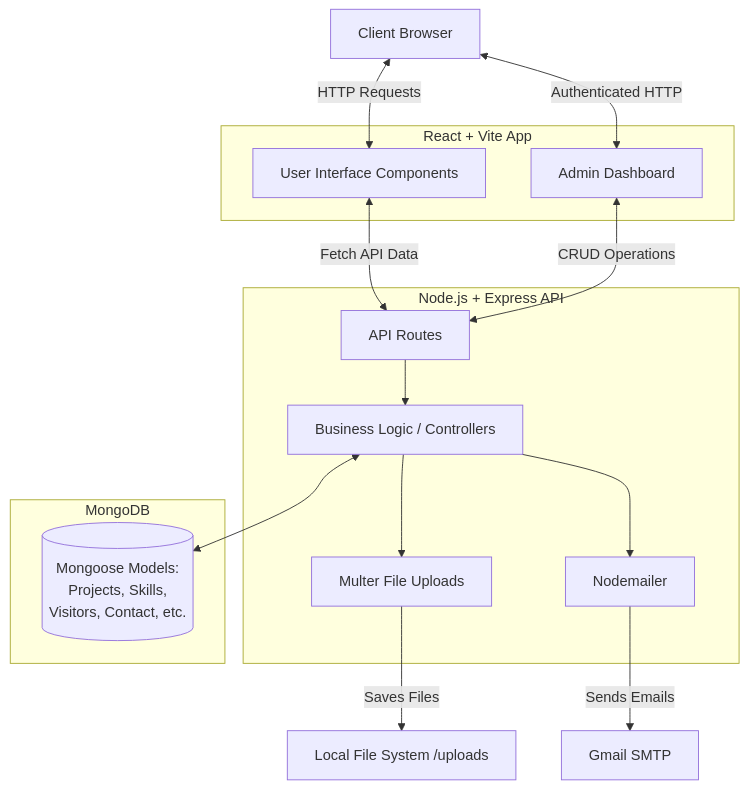
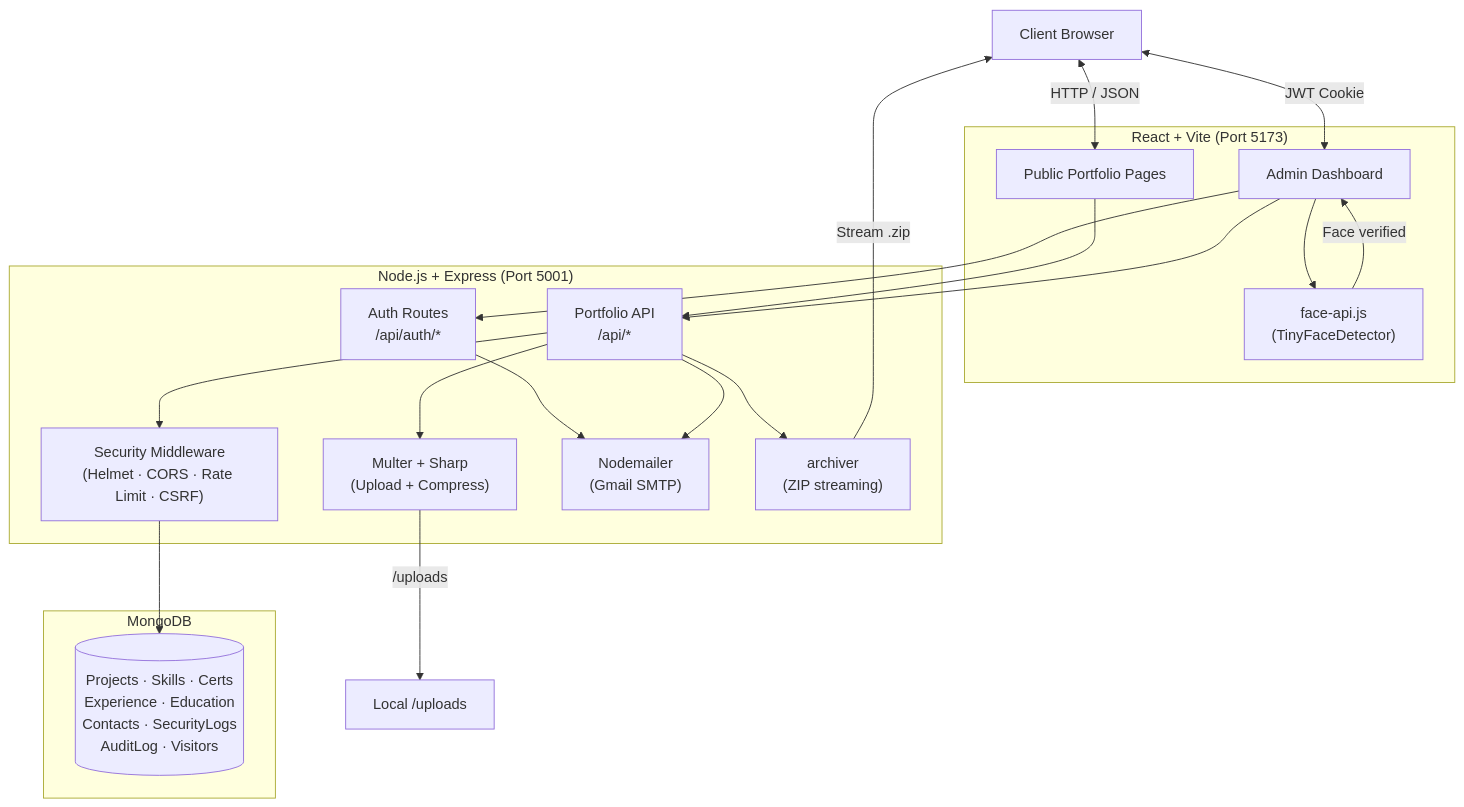
Before and after one commit to rahulmahasetha/Rahul-Portfolio: the diagram in README.md, drawn with Mermaid. The commit also changed other lines of this file and 53 other files, not shown here.

Commit message:
Enhance security settings, cookie domain fixes, and dynamic category names

````diff
--- a/README.md
+++ b/README.md
@@ -33,31 +88,36 @@
 ```mermaid
 graph TD
-    Client[Client Browser]
-    
-    subgraph Frontend [React + Vite App]
-        UI[User Interface Components]
-        Admin[Admin Dashboard]
+    Browser["Client Browser"]
+
+    subgraph Frontend ["React + Vite (Port 5173)"]
+        UI["Public Portfolio Pages"]
+        AdminUI["Admin Dashboard"]
+        FaceAPI["face-api.js\n(TinyFaceDetector)"]
     end
-    
-    subgraph Backend [Node.js + Express API]
-        Router[API Routes]
-        Controllers[Business Logic / Controllers]
-        Multer[Multer File Uploads]
-        Mailer[Nodemailer]
+
+    subgraph Backend ["Node.js + Express (Port 5001)"]
+        Auth["Auth Routes\n/api/auth/*"]
+        API["Portfolio API\n/api/*"]
+        Middleware["Security Middleware\n(Helmet · CORS · Rate Limit · CSRF)"]
+        Multer["Multer + Sharp\n(Upload + Compress)"]
+        Mailer["Nodemailer\n(Gmail SMTP)"]
+        Archiver["archiver\n(ZIP streaming)"]
     end
-    
-    subgraph Database [MongoDB]
-        Models[(Mongoose Models: <br>Projects, Skills, <br>Visitors, Contact, etc.)]
+
+    subgraph Database ["MongoDB"]
+        Models[("Projects · Skills · Certs\nExperience · Education\nContacts · SecurityLogs\nAuditLog · Visitors")]
     end
-    
-    Client <-->|HTTP Requests| UI
-    Client <-->|Authenticated HTTP| Admin
-    UI <-->|Fetch API Data| Router
-    Admin <-->|CRUD Operations| Router
-    Router --> Controllers
-    Controllers <--> Models
-    Controllers --> Multer
-    Controllers --> Mailer
-    Multer -->|Saves Files| FS[Local File System /uploads]
-    Mailer -->|Sends Emails| Email[Gmail SMTP]
+
+    Browser <-->|"HTTP / JSON"| UI
+    Browser <-->|"JWT Cookie"| AdminUI
+    AdminUI --> FaceAPI
+    FaceAPI -->|"Face verified"| AdminUI
+    UI --> API
+    AdminUI --> Auth
+    AdminUI --> API
+    API --> Middleware --> Models
+    API --> Multer -->|"/uploads"| FS["Local /uploads"]
+    API --> Archiver -->|"Stream .zip"| Browser
+    Auth --> Mailer
+    API --> Mailer
 ```
````
